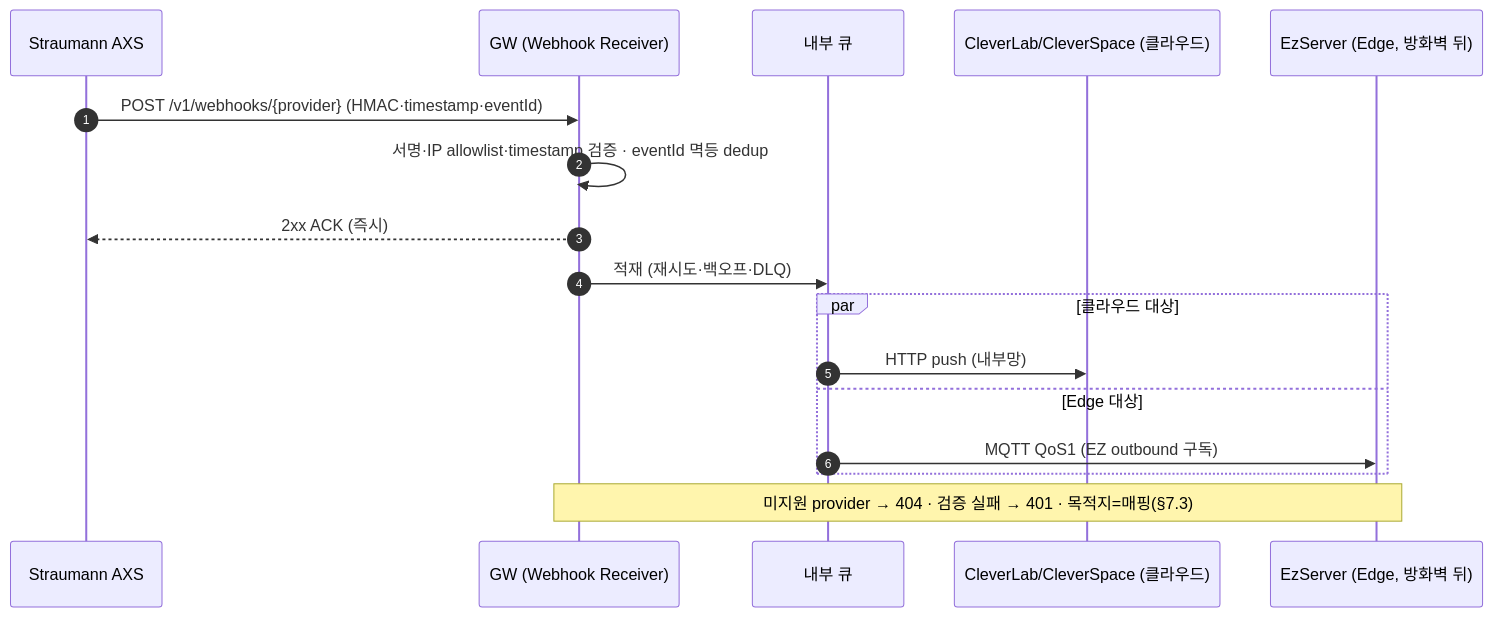
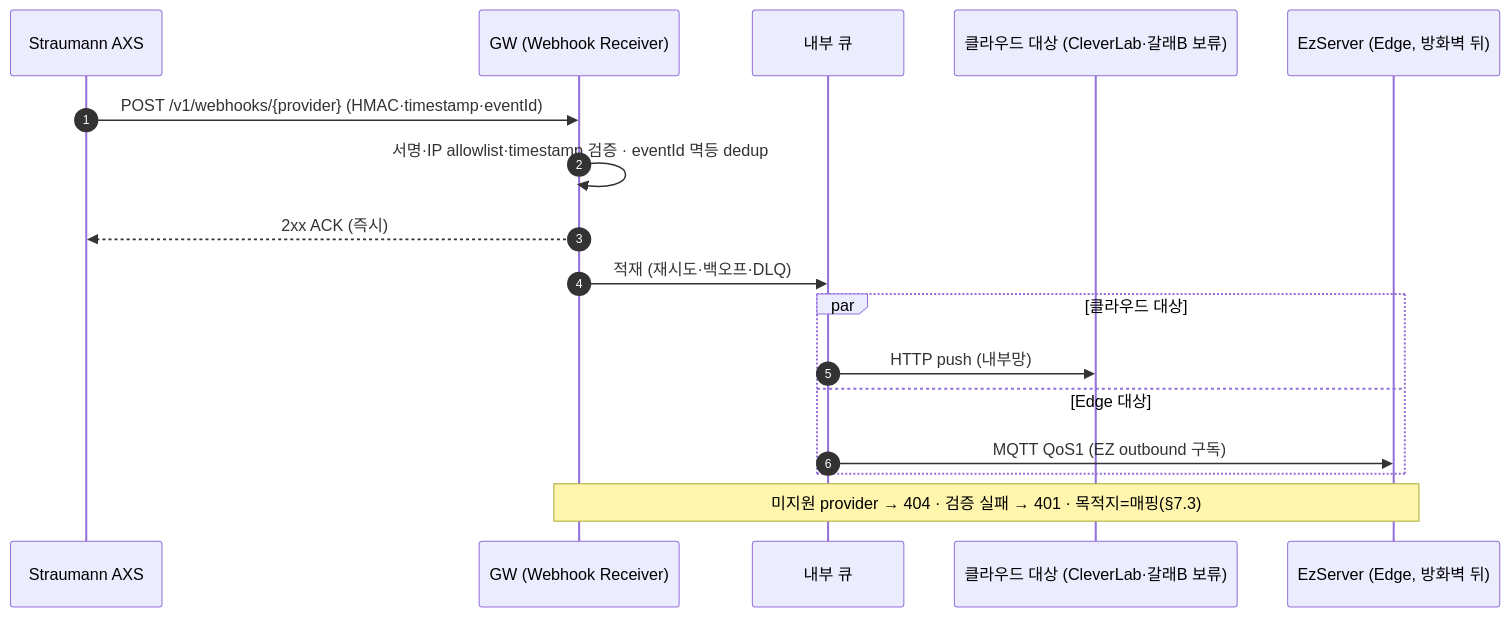
Before and after one commit to gracegyu/scp-architecture: the ninth of 10 diagrams in docs/VT_API_Gateway/08.VT_API_Gateway/specs/03-srs-gateway/SRS.md, drawn with Mermaid. The commit also changed other lines of this file and 2 other files, not shown here.

````diff
--- a/docs/VT_API_Gateway/08.VT_API_Gateway/specs/03-srs-gateway/SRS.md
+++ b/docs/VT_API_Gateway/08.VT_API_Gateway/specs/03-srs-gateway/SRS.md
@@ -417,19 +471,19 @@
 ```mermaid
 sequenceDiagram
     autonumber
     participant AXS as Straumann AXS
     participant WH as GW (Webhook Receiver)
     participant Q as 내부 큐
-    participant CL as CleverLab/CleverSpace (클라우드)
+    participant CL as 클라우드 대상 (CleverLab·갈래B 보류)
     participant EZ as EzServer (Edge, 방화벽 뒤)
     AXS->>WH: POST /v1/webhooks/{provider} (HMAC·timestamp·eventId)
     WH->>WH: 서명·IP allowlist·timestamp 검증 · eventId 멱등 dedup
     WH-->>AXS: 2xx ACK (즉시)
     WH->>Q: 적재 (재시도·백오프·DLQ)
     par 클라우드 대상
         Q->>CL: HTTP push (내부망)
     and Edge 대상
         Q->>EZ: MQTT QoS1 (EZ outbound 구독)
     end
     Note over WH,EZ: 미지원 provider → 404 · 검증 실패 → 401 · 목적지=매핑(§7.3)
 ```
````
